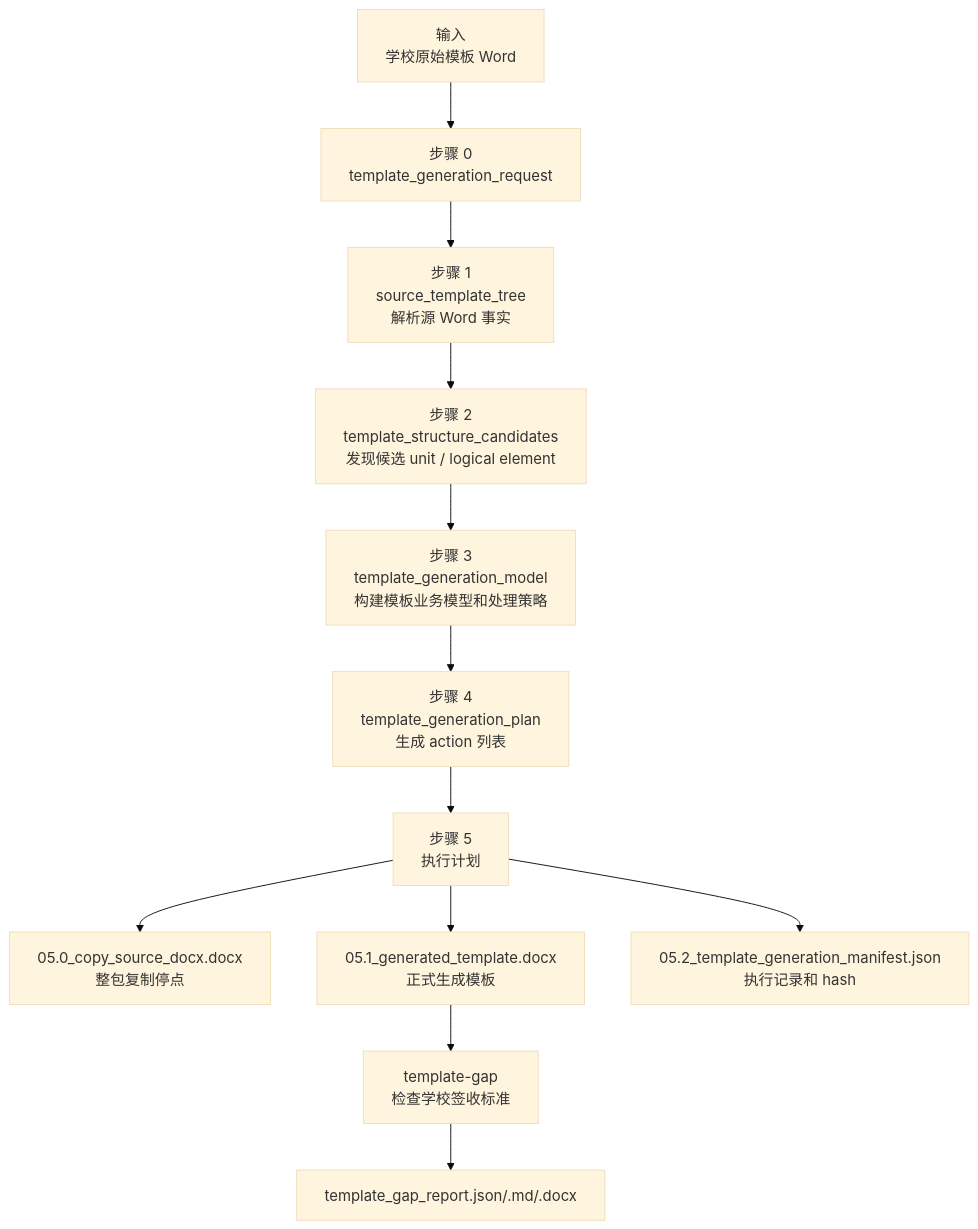
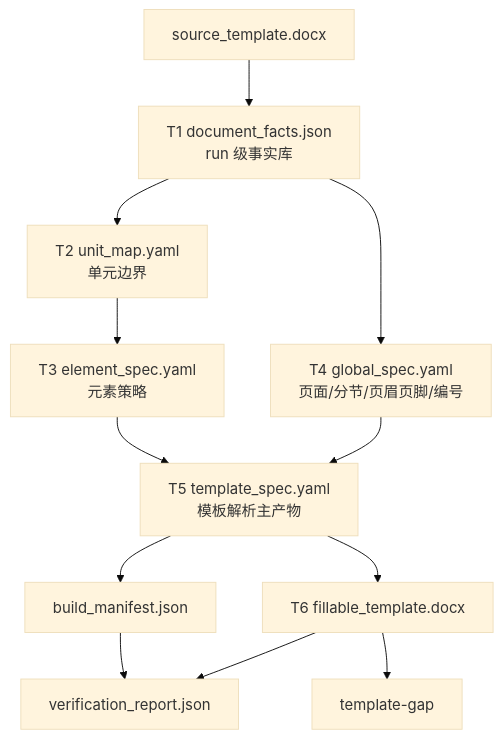
The diagram in docs/current/template-generation.md (bamao88/docfit_v3), drawn with Mermaid (base theme) before and after one commit. The commit also changed other lines of this file and 27 other files, not shown here.

````diff
--- a/docs/current/template-generation.md
+++ b/docs/current/template-generation.md
@@ -55,14 +32,14 @@
 ```mermaid
 flowchart TD
-  A["输入<br/>学校原始模板 Word"] --> B["步骤 0<br/>template_generation_request"]
-  B --> C["步骤 1<br/>source_template_tree<br/>解析源 Word 事实"]
-  C --> D["步骤 2<br/>template_structure_candidates<br/>发现候选 unit / logical element"]
-  D --> E["步骤 3<br/>template_generation_model<br/>构建模板业务模型和处理策略"]
-  E --> F["步骤 4<br/>template_generation_plan<br/>生成 action 列表"]
-  F --> G["步骤 5<br/>执行计划"]
-  G --> I["05.0_copy_source_docx.docx<br/>整包复制停点"]
-  G --> J["05.1_generated_template.docx<br/>正式生成模板"]
-  G --> K["05.2_template_generation_manifest.json<br/>执行记录和 hash"]
-  J --> L["template-gap<br/>检查学校签收标准"]
-  L --> M["template_gap_report.json/.md/.docx"]
+  A["source_template.docx"] --> B["T1 document_facts.json<br/>run 级事实库"]
+  B --> C["T2 unit_map.yaml<br/>单元边界"]
+  B --> D["T4 global_spec.yaml<br/>页面/分节/页眉页脚/编号"]
+  C --> E["T3 element_spec.yaml<br/>元素策略"]
+  D --> F["T5 template_spec.yaml<br/>模板解析主产物"]
+  E --> F
+  F --> G["T6 fillable_template.docx"]
+  F --> H["build_manifest.json"]
+  G --> I["verification_report.json"]
+  H --> I
+  G --> J["template-gap"]
 ```
````
